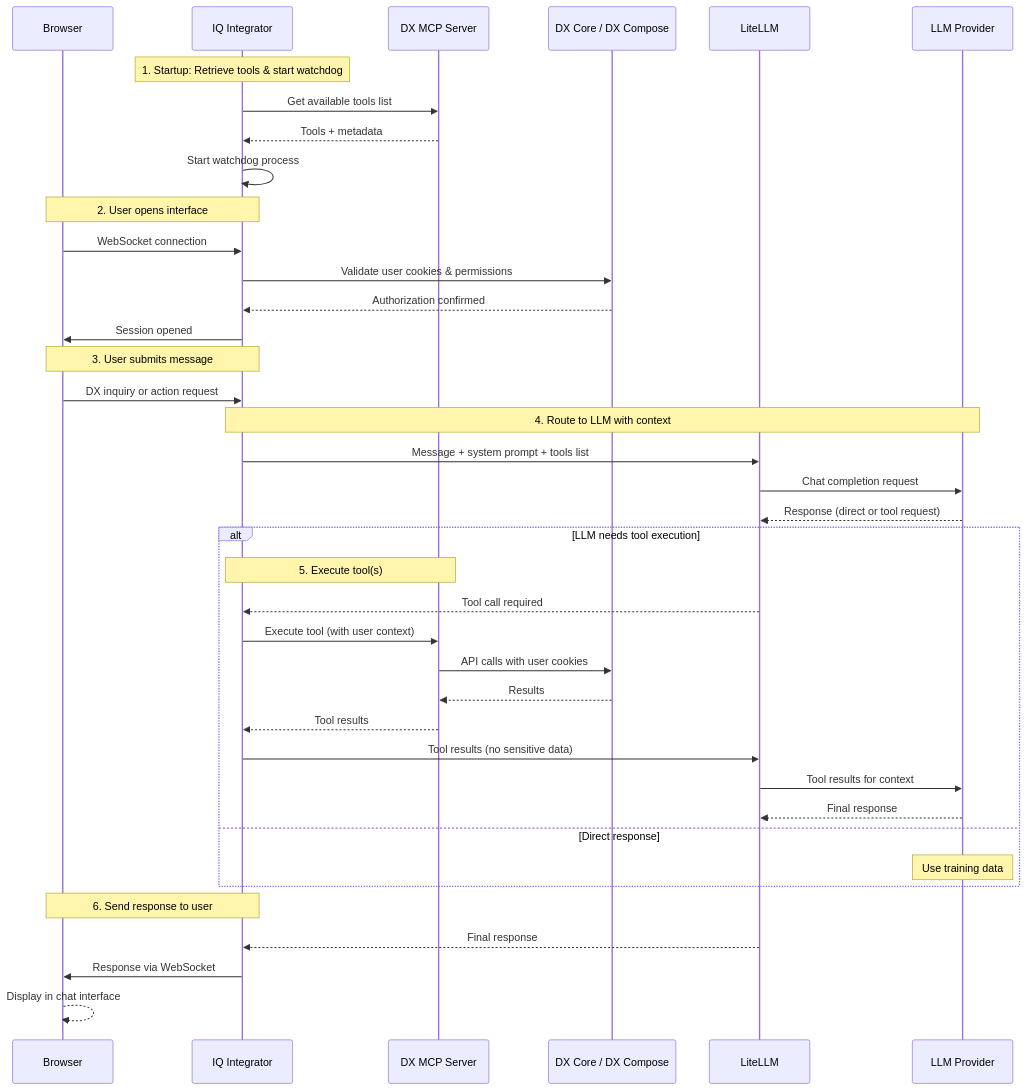
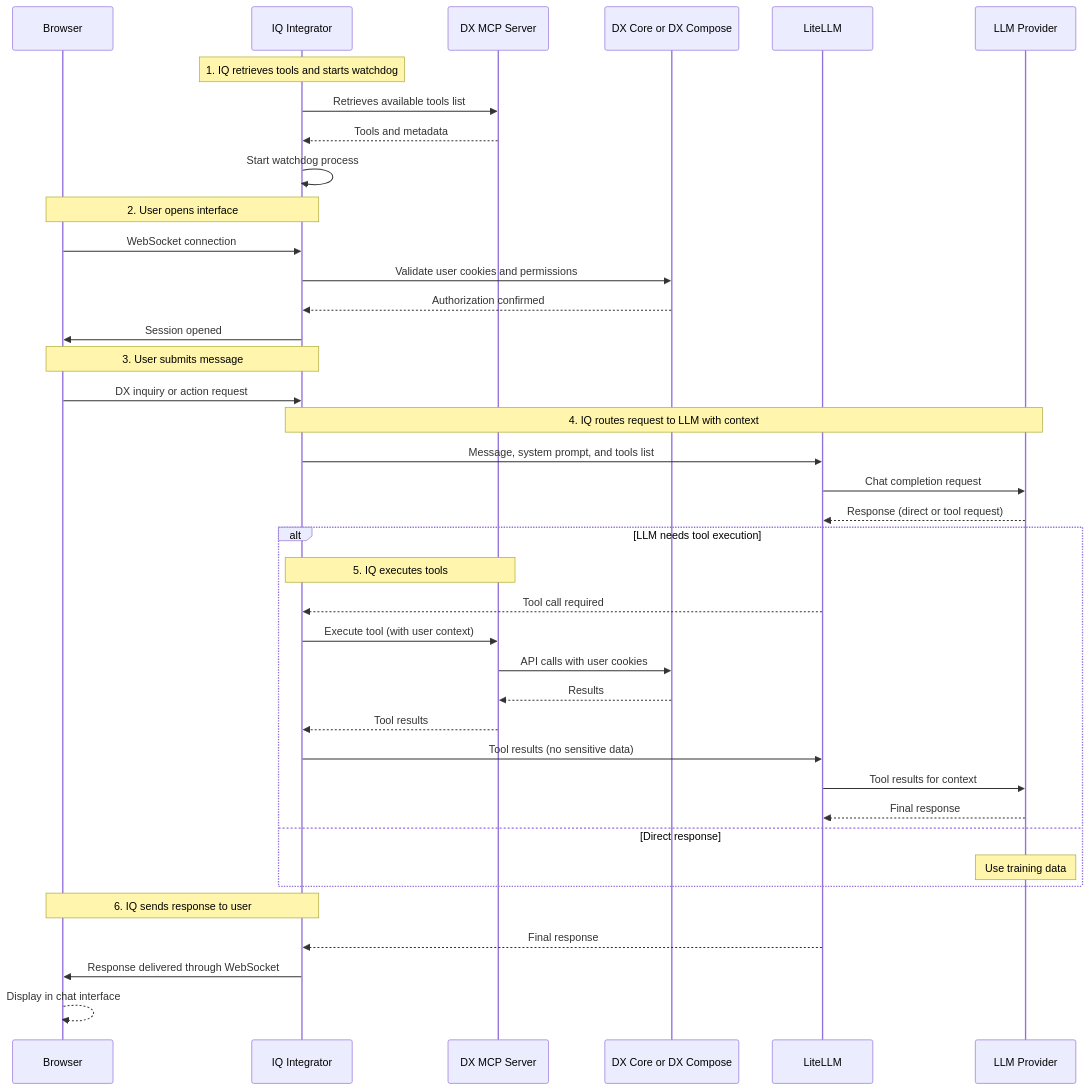
One commit to HCL-TECH-SOFTWARE/digital-experience changed the diagram in docs/build_sites/iq/index.md. Above: the diagram before and after it, drawn with Mermaid. The commit also changed other lines of this file and 13 other files, not shown here.

````diff
--- a/docs/build_sites/iq/index.md
+++ b/docs/build_sites/iq/index.md
@@ -41,47 +41,47 @@
 ```mermaid
 sequenceDiagram
     participant Browser as Browser
     participant Integrator as IQ Integrator
     participant MCP as DX MCP Server
-    participant DX as DX Core / DX Compose
+    participant DX as DX Core or DX Compose
     participant LiteLLM as LiteLLM
     participant LLM as LLM Provider
 
-    Note over Integrator: 1. Startup: Retrieve tools & start watchdog
-    Integrator->>MCP: Get available tools list
-    MCP-->>Integrator: Tools + metadata
+    Note over Integrator: 1. IQ retrieves tools and starts watchdog
+    Integrator->>MCP: Retrieves available tools list
+    MCP-->>Integrator: Tools and metadata
     Integrator->>Integrator: Start watchdog process
 
     Note over Browser,Integrator: 2. User opens interface
     Browser->>Integrator: WebSocket connection
-    Integrator->>DX: Validate user cookies & permissions
+    Integrator->>DX: Validate user cookies and permissions
     DX-->>Integrator: Authorization confirmed
     Integrator->>Browser: Session opened
 
     Note over Browser,Integrator: 3. User submits message
     Browser->>Integrator: DX inquiry or action request
 
-    Note over Integrator,LLM: 4. Route to LLM with context
-    Integrator->>LiteLLM: Message + system prompt + tools list
+    Note over Integrator,LLM: 4. IQ routes request to LLM with context
+    Integrator->>LiteLLM: Message, system prompt, and tools list
     LiteLLM->>LLM: Chat completion request
     LLM-->>LiteLLM: Response (direct or tool request)
 
     alt LLM needs tool execution
-        Note over Integrator,MCP: 5. Execute tool(s)
+        Note over Integrator, MCP: 5. IQ executes tools
         LiteLLM-->>Integrator: Tool call required
         Integrator->>MCP: Execute tool (with user context)
         MCP->>DX: API calls with user cookies
         DX-->>MCP: Results
         MCP-->>Integrator: Tool results
         Integrator->>LiteLLM: Tool results (no sensitive data)
         LiteLLM->>LLM: Tool results for context
         LLM-->>LiteLLM: Final response
     else Direct response
         Note over LLM: Use training data
     end
 
-    Note over Integrator,Browser: 6. Send response to user
+    Note over Integrator,Browser: 6. IQ sends response to user
     LiteLLM-->>Integrator: Final response
-    Integrator->>Browser: Response via WebSocket
+    Integrator->>Browser: Response delivered through WebSocket
     Browser-->>Browser: Display in chat interface
 ```
````
